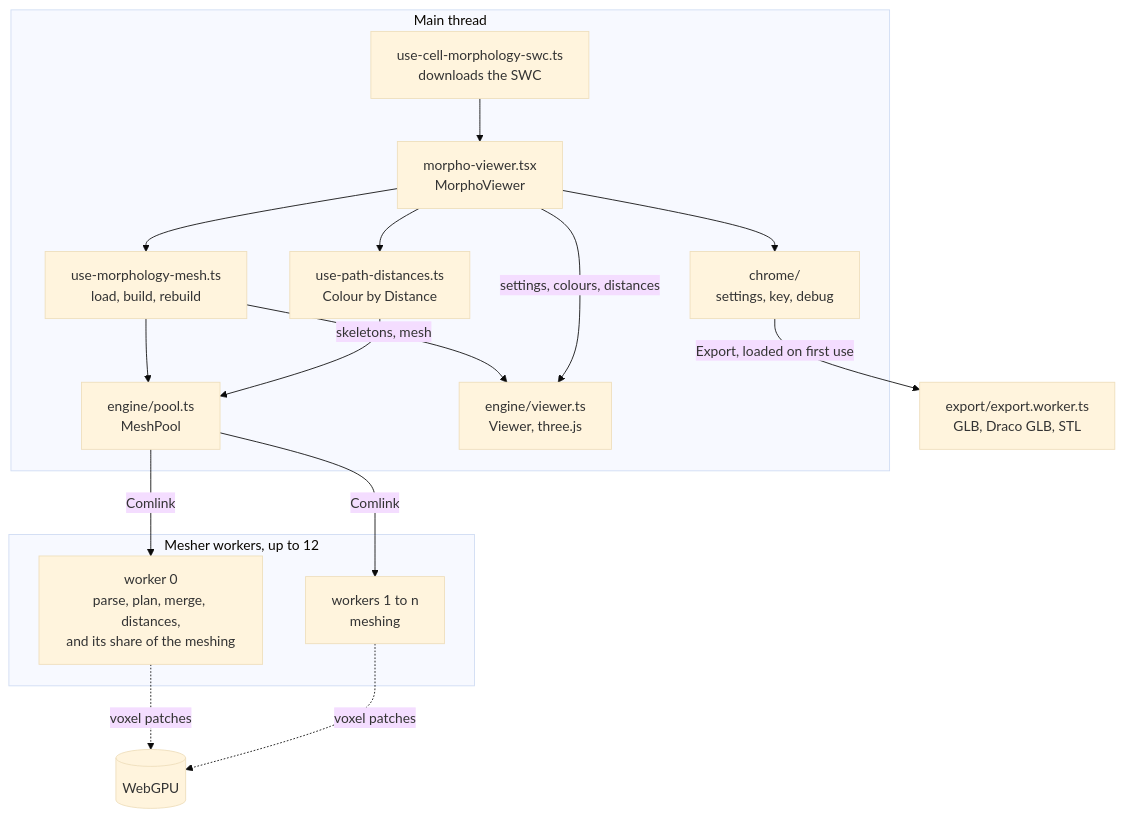
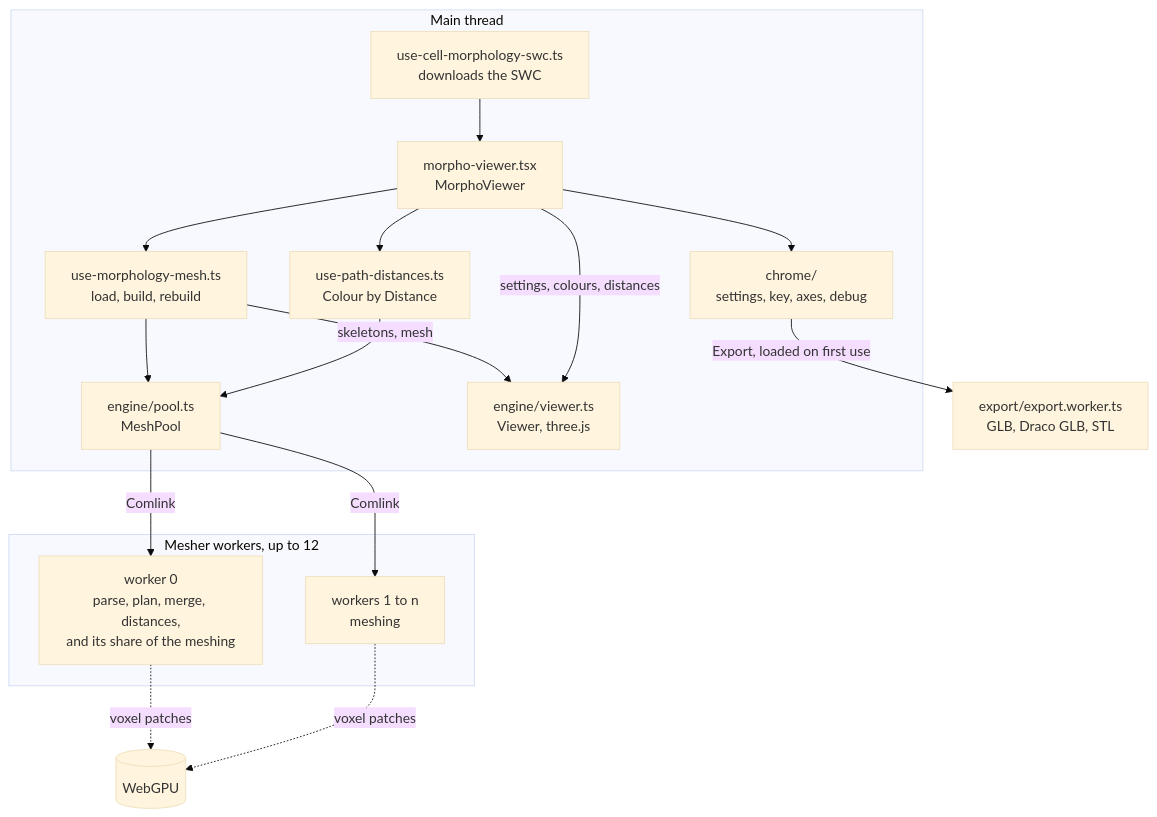
The first of 6 diagrams in src/features/entities/cell-morphology/morpho-viewer/README.md (openbraininstitute/core-web-app), drawn with Mermaid (base theme) before and after one commit. The commit also changed other lines of this file and 9 other files, not shown here.

First line of the commit message:
Bring back the axes gizmo, in the bottom-right corner of the morphology viewer

````diff
--- a/src/features/entities/cell-morphology/morpho-viewer/README.md
+++ b/src/features/entities/cell-morphology/morpho-viewer/README.md
@@ -15,21 +15,21 @@
 ```mermaid
 flowchart TB
   subgraph main["Main thread"]
     swc["use-cell-morphology-swc.ts<br/>downloads the SWC"] --> viewer["morpho-viewer.tsx<br/>MorphoViewer"]
     viewer --> mesh["use-morphology-mesh.ts<br/>load, build, rebuild"]
     viewer --> dist["use-path-distances.ts<br/>Colour by Distance"]
-    viewer --> chrome["chrome/<br/>settings, key, debug"]
+    viewer --> chrome["chrome/<br/>settings, key, axes, debug"]
     mesh --> pool["engine/pool.ts<br/>MeshPool"]
     dist --> pool
     mesh -- "skeletons, mesh" --> three["engine/viewer.ts<br/>Viewer, three.js"]
     viewer -- "settings, colours, distances" --> three
   end
   subgraph workers["Mesher workers, up to 12"]
     w0["worker 0<br/>parse, plan, merge, distances,<br/>and its share of the meshing"]
     wn["workers 1 to n<br/>meshing"]
   end
   pool -- "Comlink" --> w0
   pool -- "Comlink" --> wn
   w0 & wn -. "voxel patches" .-> gpu[("WebGPU")]
   chrome -- "Export, loaded on first use" --> exp["export/export.worker.ts<br/>GLB, Draco GLB, STL"]
 ```
````
